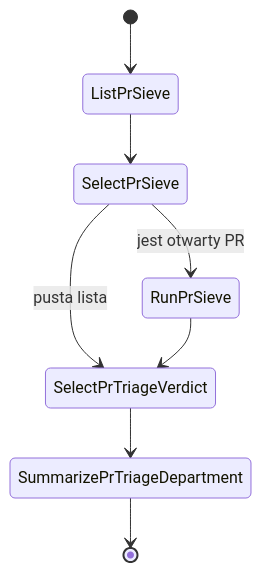
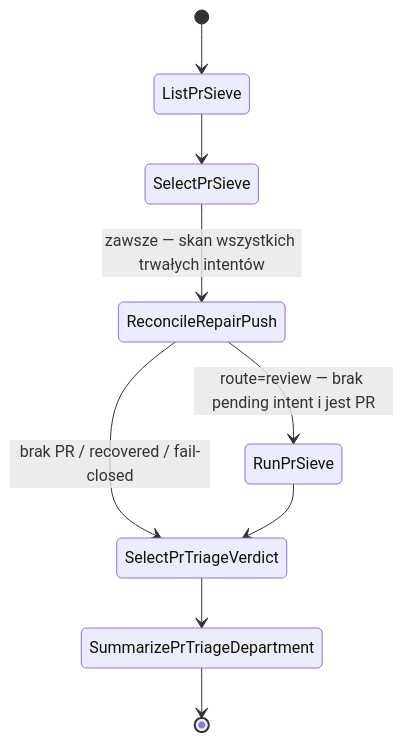
Diagram 22 of 45 in README.md (mikolaj92/lokay), drawn with Mermaid before and after one commit. The commit also changed other lines of this file and 108 other files, not shown here.

Commit message:
Add isolated OpenCodeReview PR review flow

````diff
--- a/README.md
+++ b/README.md
@@ -708,10 +714,11 @@
 ```mermaid
 stateDiagram-v2
     [*] --> ListPrSieve
     ListPrSieve --> SelectPrSieve
-    SelectPrSieve --> RunPrSieve: jest otwarty PR
-    SelectPrSieve --> SelectPrTriageVerdict: pusta lista
+    SelectPrSieve --> ReconcileRepairPush: zawsze — skan wszystkich trwałych intentów
+    ReconcileRepairPush --> RunPrSieve: route=review — brak pending intent i jest PR
+    ReconcileRepairPush --> SelectPrTriageVerdict: brak PR / recovered / fail-closed
     RunPrSieve --> SelectPrTriageVerdict
     SelectPrTriageVerdict --> SummarizePrTriageDepartment
     SummarizePrTriageDepartment --> [*]
 ```
````
